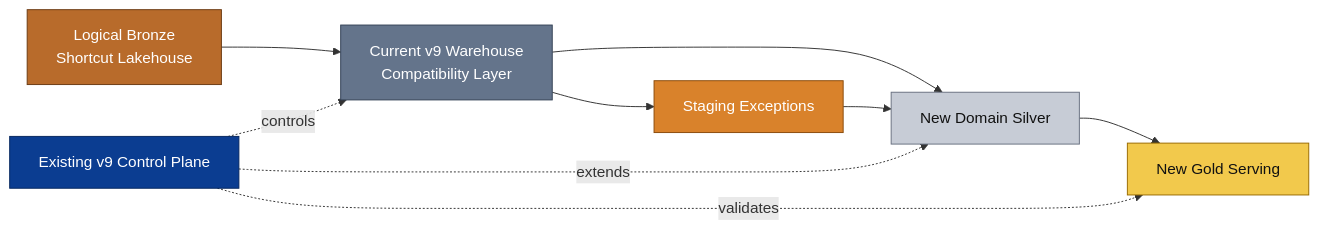
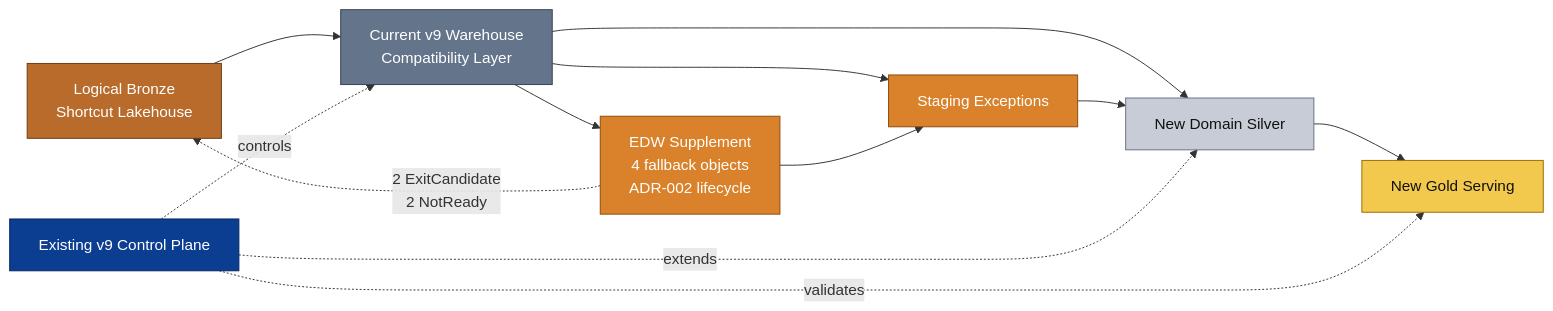
Before and after one commit to ankinguyen-engineer-2002/Fabric-v9-Warehouse-Medallion: the fourth of 6 diagrams in 02_Architect_v10_May/02_architecture_blueprint_mermaid.md, drawn with Mermaid. The commit also changed other lines of this file and 36 other files, not shown here.

First line of the commit message:
docs: v10 hybrid medallion full build — architecture, pipelines, README

````diff
--- a/02_Architect_v10_May/02_architecture_blueprint_mermaid.md
+++ b/02_Architect_v10_May/02_architecture_blueprint_mermaid.md
@@ -345,32 +351,36 @@
 ```mermaid
 flowchart LR
-    LH["Logical Bronze<br/>Shortcut Lakehouse"]
-    OLD["Current v9 Warehouse<br/>Compatibility Layer"]
-    STG["Staging Exceptions"]
+	    LH["Logical Bronze<br/>Shortcut Lakehouse"]
+	    OLD["Current v9 Warehouse<br/>Compatibility Layer"]
+	    EDW["EDW Supplement<br/>4 fallback objects<br/>ADR-002 lifecycle"]
+	    STG["Staging Exceptions"]
     SIL["New Domain Silver"]
     GOLD["New Gold Serving"]
     CTRL["Existing v9 Control Plane"]
 
-    LH --> OLD
-    OLD --> STG
-    OLD --> SIL
+	    LH --> OLD
+	    OLD --> STG
+	    OLD --> EDW
+	    EDW --> STG
+	    EDW -.->|"2 ExitCandidate<br/>2 NotReady"| LH
+	    OLD --> SIL
     STG --> SIL
     SIL --> GOLD
     CTRL -.->|"controls"| OLD
     CTRL -.->|"extends"| SIL
     CTRL -.->|"validates"| GOLD
 
     class LH bronze
     class OLD legacy
-    class STG staging
+	    class EDW,STG staging
     class SIL silver
     class GOLD gold
     class CTRL control
 
     classDef bronze fill:#B86B2B,stroke:#6B3A12,color:#FFFFFF
     classDef legacy fill:#64748B,stroke:#334155,color:#FFFFFF
     classDef staging fill:#D9822B,stroke:#8A4A0A,color:#FFFFFF
     classDef silver fill:#C7CCD6,stroke:#687080,color:#111111
     classDef gold fill:#F2C94C,stroke:#9A6B00,color:#111111
     classDef control fill:#0B3D91,stroke:#06275F,color:#FFFFFF
 ```
````
